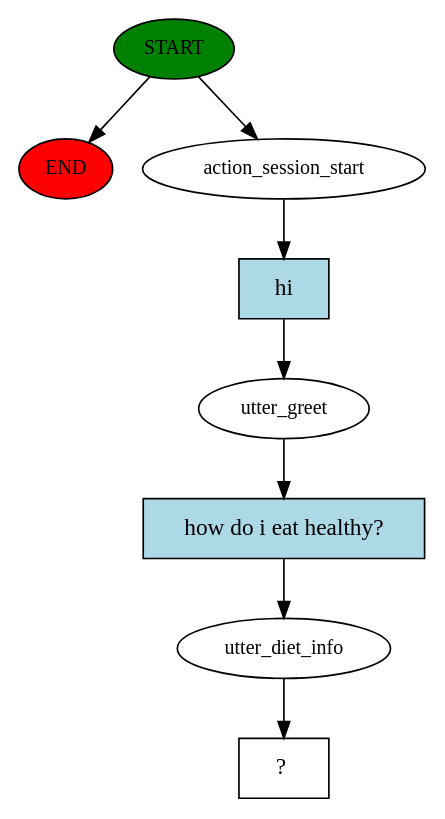
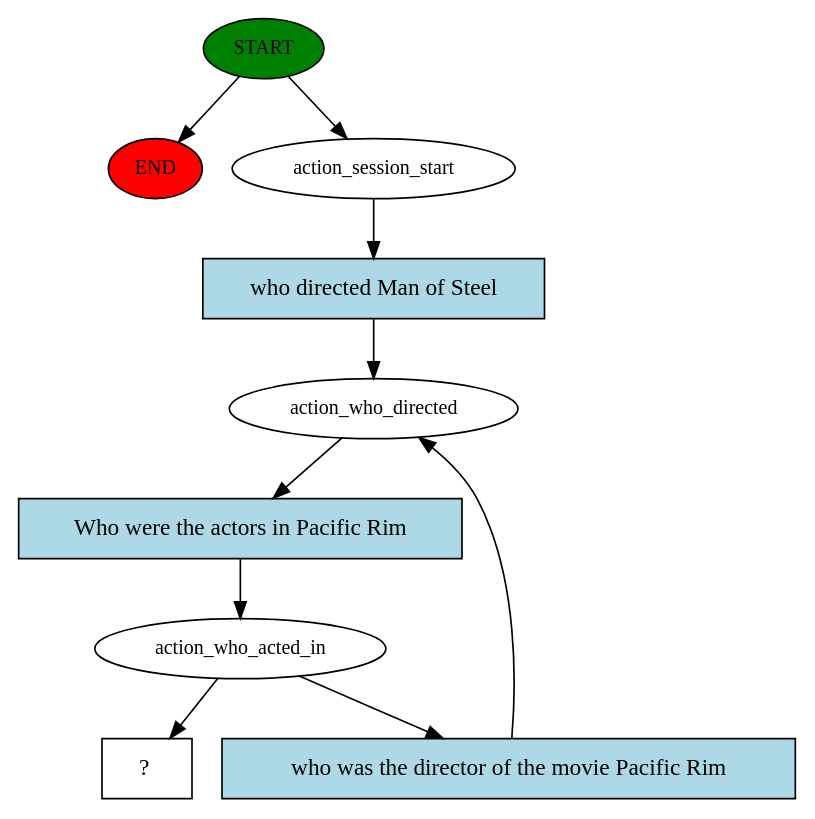
The diagram in story_graph.dot (dchamb16/msds_459_chatbot), drawn with Graphviz before and after one commit. The commit also changed 12 other files, not shown here.

Commit message:
Finished who directed

```diff
--- a/story_graph.dot
+++ b/story_graph.dot
@@ -1,17 +1,20 @@
 digraph  {
 0 [class="start active", fillcolor=green, fontsize=12, label=START, style=filled];
 "-1" [class=end, fillcolor=red, fontsize=12, label=END, style=filled];
 1 [class=active, fontsize=12, label=action_session_start];
-2 [class=active, fontsize=12, label=utter_greet];
-3 [class=active, fontsize=12, label=utter_diet_info];
-4 [class="intent dashed active", label="  ?  ", shape=rect];
-5 [class="intent active", fillcolor=lightblue, label=hi, shape=rect, style=filled];
-6 [class="intent active", fillcolor=lightblue, label="how do i eat healthy?", shape=rect, style=filled];
+2 [class=active, fontsize=12, label=action_who_directed];
+3 [class=active, fontsize=12, label=action_who_acted_in];
+6 [class="intent dashed active", label="  ?  ", shape=rect];
+7 [class="intent active", fillcolor=lightblue, label="who directed Man of Steel", shape=rect, style=filled];
+8 [class="intent active", fillcolor=lightblue, label="Who were the actors in Pacific Rim", shape=rect, style=filled];
+9 [class="intent active", fillcolor=lightblue, label="who was the director of the movie Pacific Rim", shape=rect, style=filled];
 0 -> "-1"  [class="", key=NONE, label=""];
 0 -> 1  [class=active, key=NONE, label=""];
-1 -> 5  [class=active, key=0];
-2 -> 6  [class=active, key=0];
-3 -> 4  [class=active, key=NONE, label=""];
-5 -> 2  [class=active, key=0];
-6 -> 3  [class=active, key=0];
+1 -> 7  [class=active, key=0];
+2 -> 8  [class=active, key=0];
+3 -> 6  [class=active, key=NONE, label=""];
+3 -> 9  [class=active, key=0];
+7 -> 2  [class=active, key=0];
+8 -> 3  [class=active, key=0];
+9 -> 2  [class=active, key=0];
 }
```
